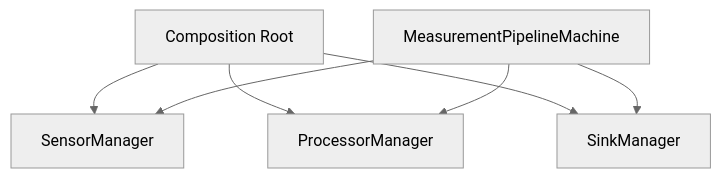
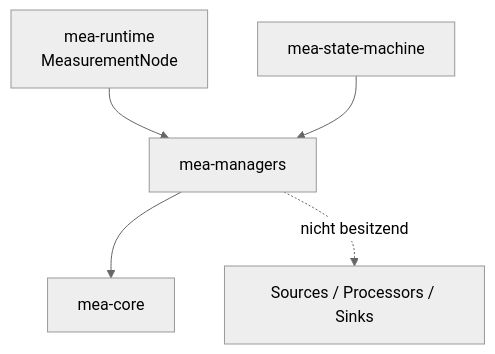
The first of 2 diagrams in repositories/mea-managers/README.md (MROutake/MEA-), drawn with Mermaid (neutral theme) before and after one commit. The commit also changed other lines of this file and 86 other files, not shown here.

Commit message:
docs: align workspace with modular target architecture

````diff
--- a/repositories/mea-managers/README.md
+++ b/repositories/mea-managers/README.md
@@ -17,15 +12,13 @@
 ```mermaid
 flowchart TD
-    App[Composition Root]
-    SourceManager[SensorManager]
-    ProcessorManager[ProcessorManager]
-    SinkManager[SinkManager]
-    Pipeline[MeasurementPipelineMachine]
+    Runtime[mea-runtime<br/>MeasurementNode]
+    State[mea-state-machine]
+    Managers[mea-managers]
+    Core[mea-core]
+    Components[Sources / Processors / Sinks]
 
-    App --> SourceManager
-    App --> ProcessorManager
-    App --> SinkManager
-    Pipeline --> SourceManager
-    Pipeline --> ProcessorManager
-    Pipeline --> SinkManager
+    Runtime --> Managers
+    State --> Managers
+    Managers --> Core
+    Managers -. nicht besitzend .-> Components
 ```
````
